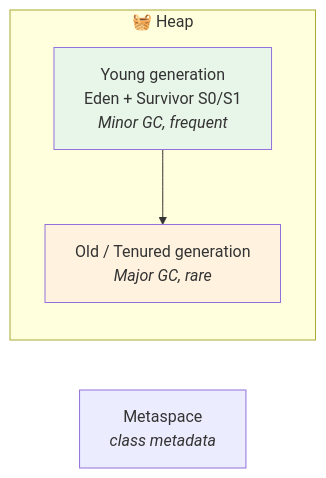
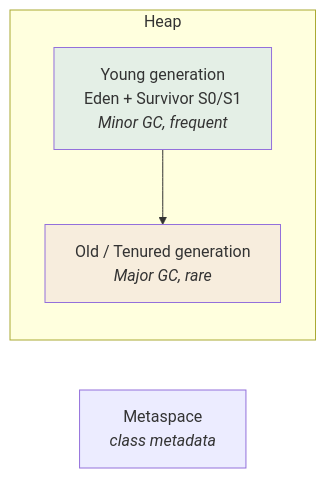
One commit to kundankumarsharma56/Leaning-Java changed the second of 2 diagrams in src/Theory/11-Advanced-Concepts/02-Garbage-Collection.md. Above: the diagram before and after it, drawn with Mermaid. The commit also changed other lines of this file and 84 other files, not shown here.

````diff
--- a/src/Theory/11-Advanced-Concepts/02-Garbage-Collection.md
+++ b/src/Theory/11-Advanced-Concepts/02-Garbage-Collection.md
@@ -36,9 +36,9 @@
 ```mermaid
 flowchart LR
-    subgraph HEAP["🧺 Heap"]
+    subgraph HEAP["Heap"]
         Y["Young generation<br/>Eden + Survivor S0/S1<br/><i>Minor GC, frequent</i>"] --> O2["Old / Tenured generation<br/><i>Major GC, rare</i>"]
     end
     M["Metaspace<br/><i>class metadata</i>"]
-    style Y fill:#e8f5e9
-    style O2 fill:#fff3e0
+    style Y fill:#e4efe6
+    style O2 fill:#f7eddd
 ```
````
